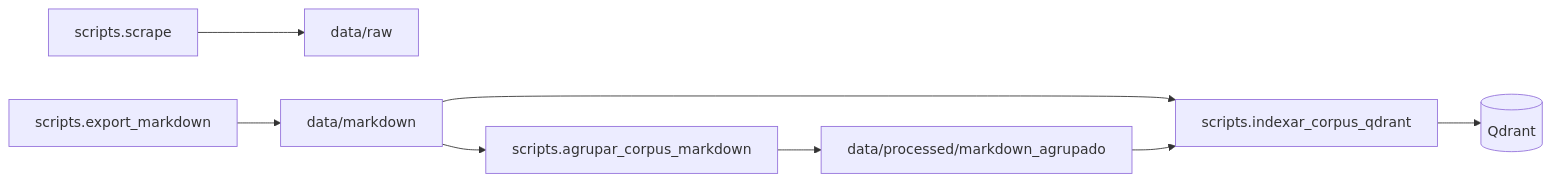
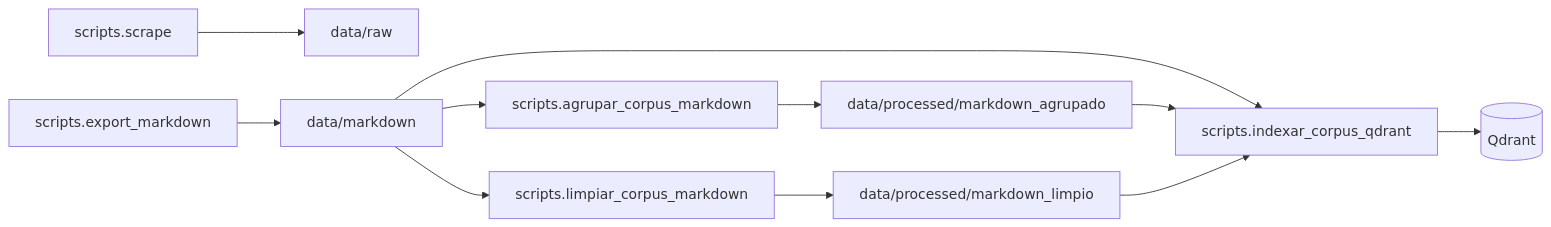
Before and after one commit to frankdaza/uao_ia_cd_tecnicas_avanzadas_ia: the diagram in scripts/README.md, drawn with Mermaid. The commit also changed other lines of this file and 5 other files, not shown here.

First line of the commit message:
feat(rag): limpieza determinista del corpus Markdown antes de ingesta (TASK-68)

````diff
--- a/scripts/README.md
+++ b/scripts/README.md
@@ -24,18 +25,23 @@
 ```mermaid
 flowchart LR
   scrape[scripts.scrape]
   export[scripts.export_markdown]
   agr[scripts.agrupar_corpus_markdown]
+  limp[scripts.limpiar_corpus_markdown]
   idx[scripts.indexar_corpus_qdrant]
   raw[data/raw]
   md[data/markdown]
   mda[data/processed/markdown_agrupado]
+  mdl[data/processed/markdown_limpio]
   qd[(Qdrant)]
   scrape --> raw
   export --> md
   md --> agr
   agr --> mda
+  md --> limp
+  limp --> mdl
   md --> idx
   mda --> idx
+  mdl --> idx
   idx --> qd
 ```
````
